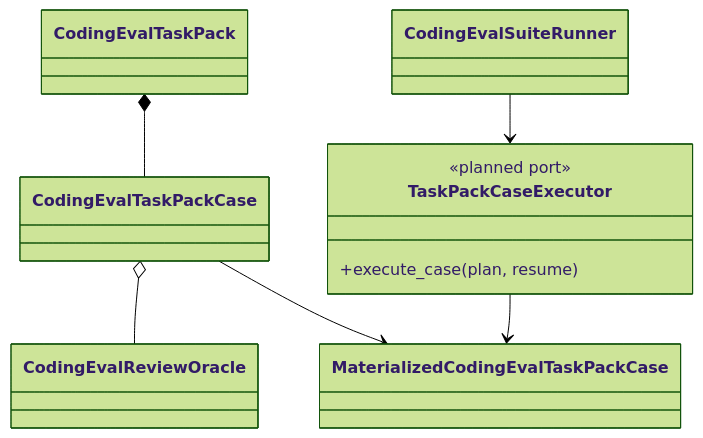
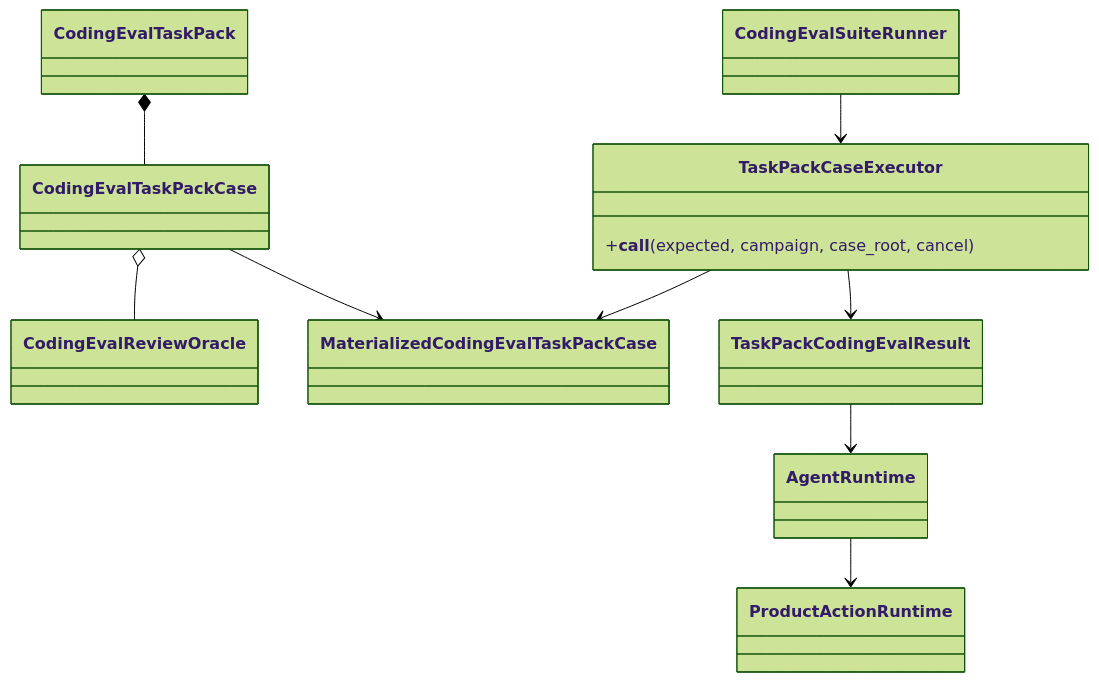
Before and after one commit to carrie1988/Harnessix: the seventh of 7 diagrams in docs/changes/m09-2d-multi-repository-offline-baseline.md, drawn with Mermaid (forest theme). The commit also changed other lines of this file and 18 other files, not shown here.

Commit message:
feat: 实现正式 Task Pack Case Adapter

````diff
--- a/docs/changes/m09-2d-multi-repository-offline-baseline.md
+++ b/docs/changes/m09-2d-multi-repository-offline-baseline.md
@@ -256,17 +278,22 @@
 ```mermaid
 classDiagram
     class CodingEvalTaskPack
     class CodingEvalTaskPackCase
     class CodingEvalReviewOracle
     class MaterializedCodingEvalTaskPackCase
     class TaskPackCaseExecutor {
-      <<planned port>>
-      +execute_case(plan, resume)
+      +__call__(expected, campaign, case_root, cancel)
     }
+    class TaskPackCodingEvalResult
+    class AgentRuntime
+    class ProductActionRuntime
     class CodingEvalSuiteRunner
     CodingEvalTaskPack *-- CodingEvalTaskPackCase
     CodingEvalTaskPackCase o-- CodingEvalReviewOracle
     CodingEvalTaskPackCase --> MaterializedCodingEvalTaskPackCase
     TaskPackCaseExecutor --> MaterializedCodingEvalTaskPackCase
+    TaskPackCaseExecutor --> TaskPackCodingEvalResult
+    TaskPackCodingEvalResult --> AgentRuntime
+    AgentRuntime --> ProductActionRuntime
     CodingEvalSuiteRunner --> TaskPackCaseExecutor
 ```
````
